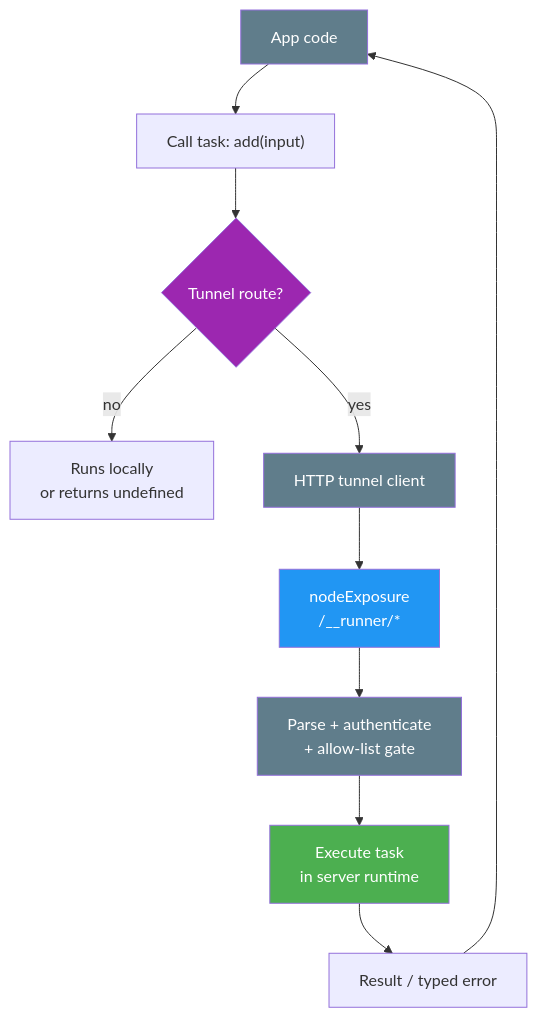
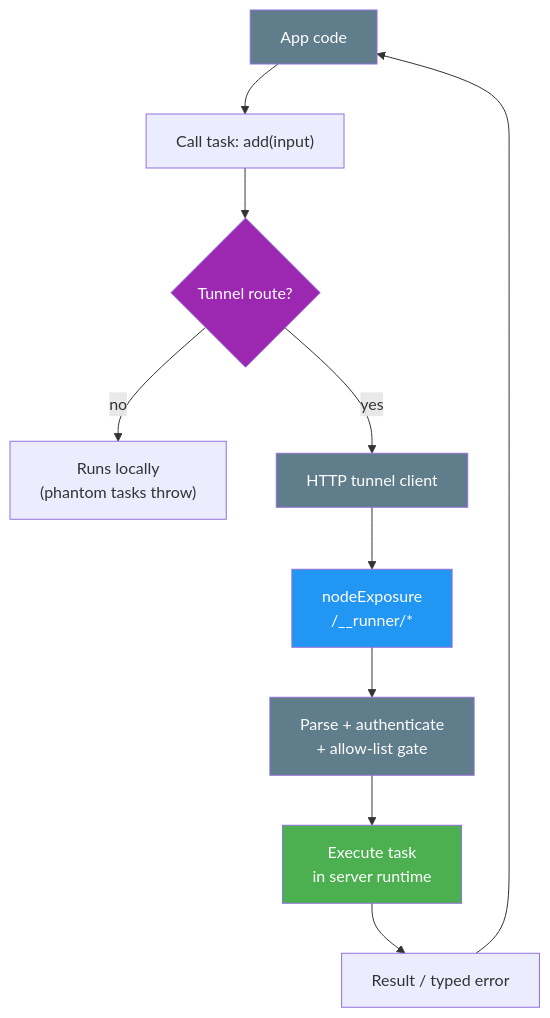
The diagram in readmes/TUNNELS.md (bluelibs/runner), drawn with Mermaid before and after one commit. The commit also changed other lines of this file and 6 other files, not shown here.

Commit message:
feat(phantom-tasks): update behavior to throw errors when not routed through a tunnel

````diff
--- a/readmes/TUNNELS.md
+++ b/readmes/TUNNELS.md
@@ -121,22 +121,22 @@
 ```mermaid
 graph TD
   App[App code] --> Call["Call task: add(input)"]
   Call --> Route{Tunnel route?}
-  Route -- "no" --> Local["Runs locally<br/>or returns undefined"]
+  Route -- "no" --> Local["Runs locally<br/>(phantom tasks throw)"]
   Route -- "yes" --> Client[HTTP tunnel client]
   Client --> Expo["nodeExposure<br/>/__runner/*"]
   Expo --> Guard["Parse + authenticate<br/>+ allow-list gate"]
   Guard --> Run["Execute task<br/>in server runtime"]
   Run --> Reply["Result / typed error"]
   Reply --> App
 
   classDef task fill:#4CAF50,color:#fff;
   classDef resource fill:#2196F3,color:#fff;
   classDef middleware fill:#9C27B0,color:#fff;
   classDef external fill:#607D8B,color:#fff;
 
   class Run task;
   class Expo resource;
   class Route middleware;
   class App,Client,Guard external;
 ```
````
